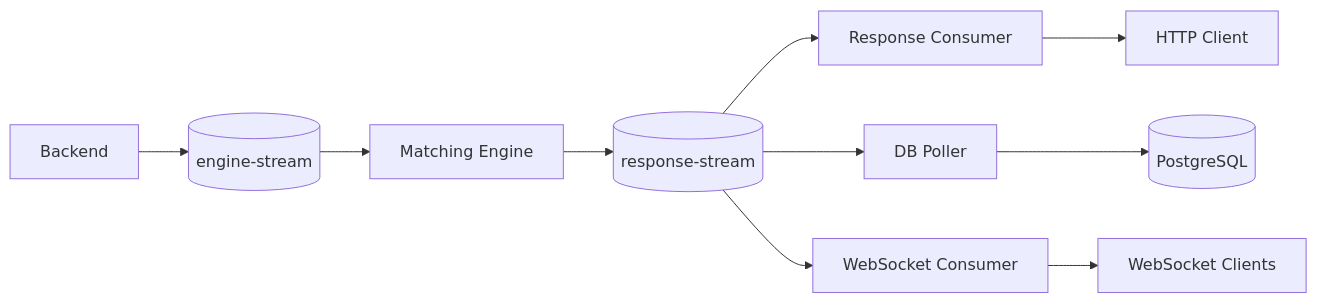
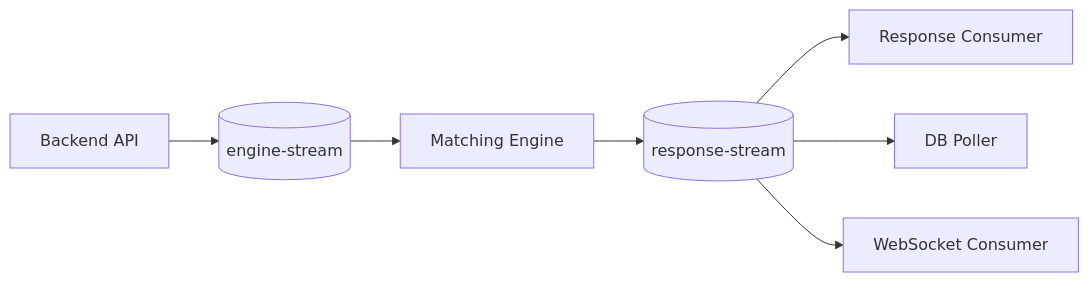
The fifth of 8 diagrams in README.md (MANI-116/PERP), drawn with Mermaid before and after one commit. The commit also changed other lines of this file, not shown here.

Commit message:
docs: add PerpX system architecture image

````diff
--- a/README.md
+++ b/README.md
@@ -252,12 +182,9 @@
 ```mermaid
 flowchart LR
-    API["Backend"] --> C[("engine-stream")]
-    C --> E["Matching Engine"]
-    E --> R[("response-stream")]
-    R --> HTTP["Response Consumer"]
-    R --> DBP["DB Poller"]
-    R --> WSS["WebSocket Consumer"]
-    HTTP --> CLIENT["HTTP Client"]
-    DBP --> DB[("PostgreSQL")]
-    WSS --> WSCLIENT["WebSocket Clients"]
+    API[Backend API] --> CMD[(engine-stream)]
+    CMD --> ENGINE[Matching Engine]
+    ENGINE --> EVENTS[(response-stream)]
+    EVENTS --> RESPONSE[Response Consumer]
+    EVENTS --> DBP[DB Poller]
+    EVENTS --> WSS[WebSocket Consumer]
 ```
````
